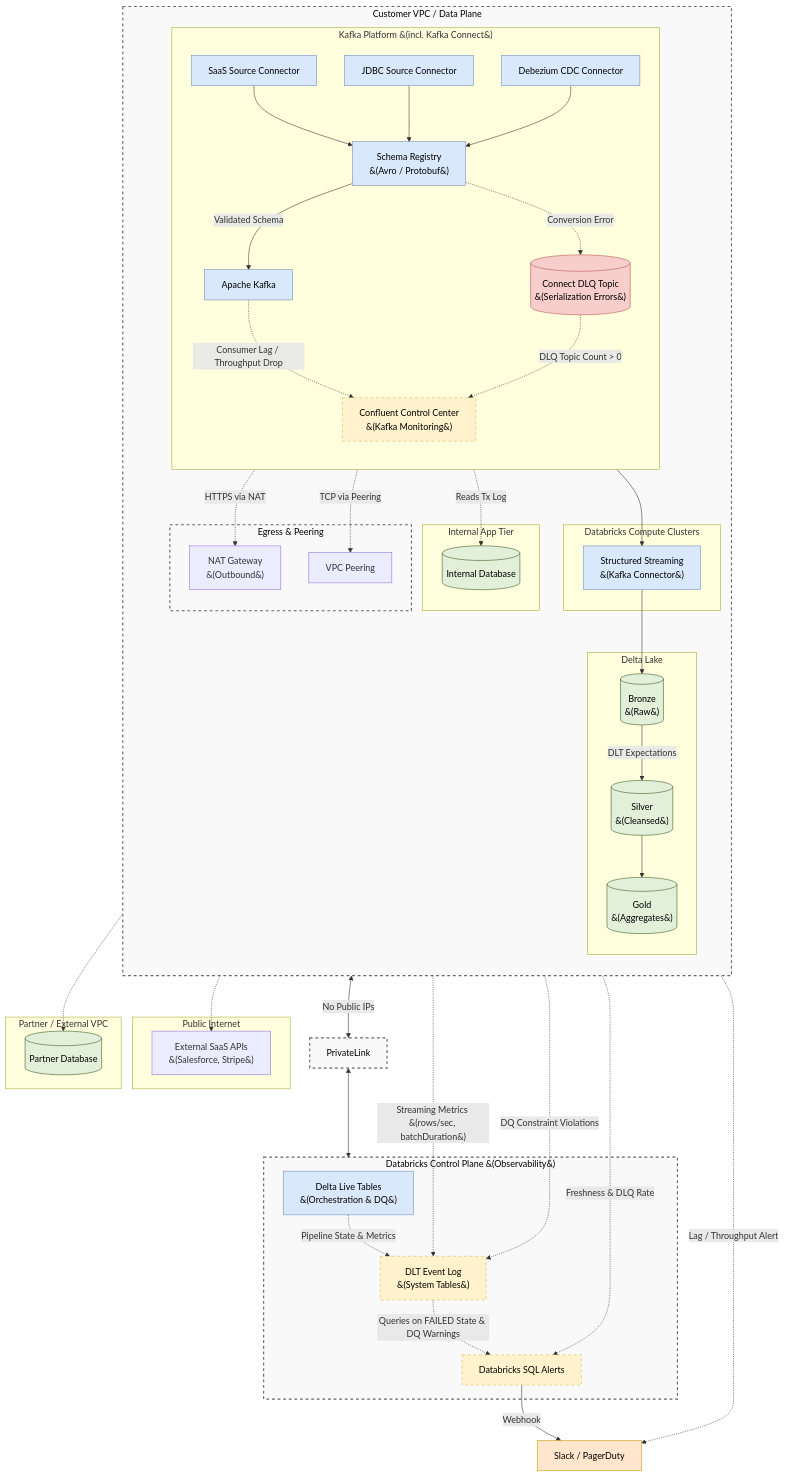
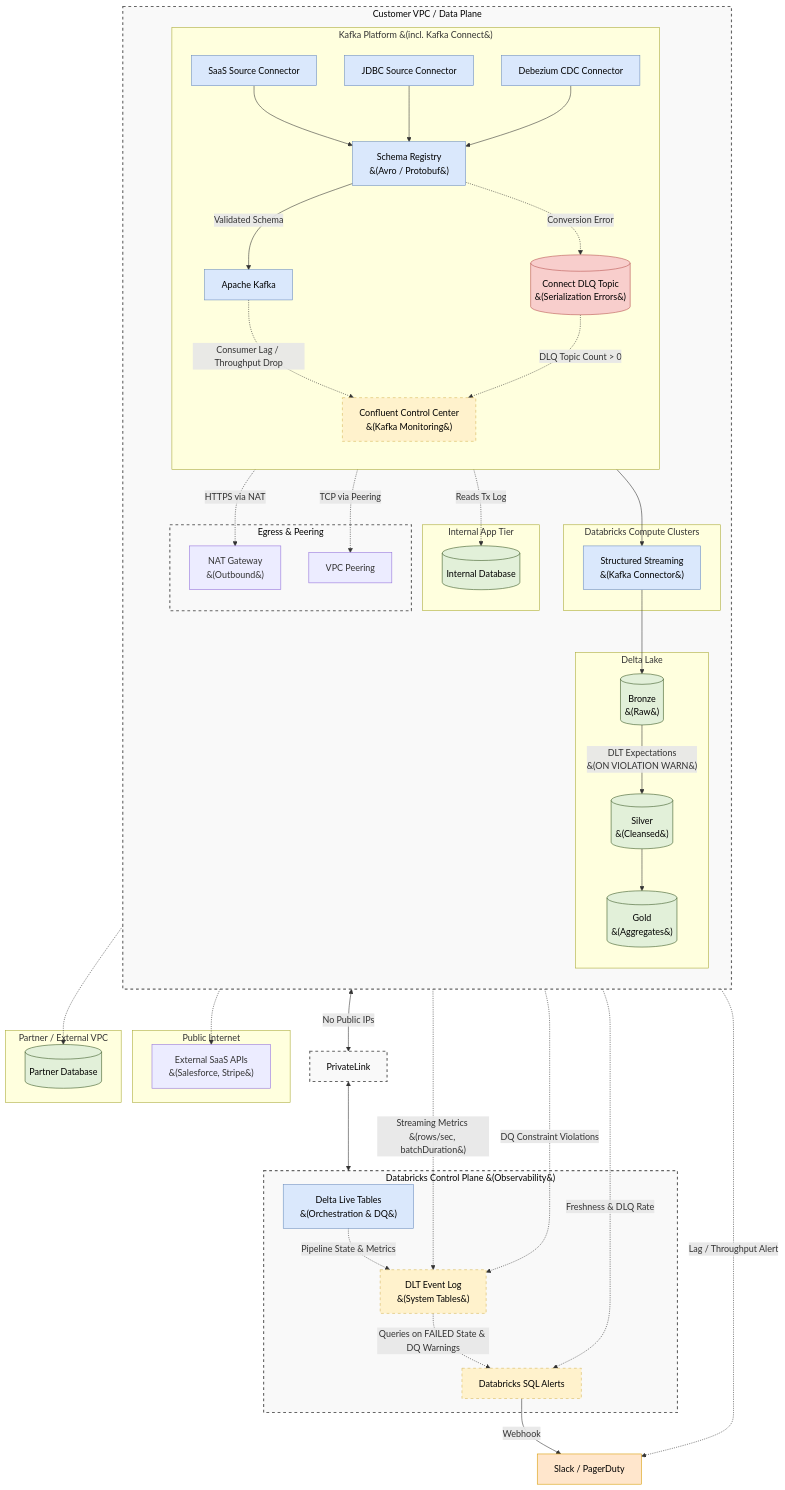
Before and after one commit to toanbui626391/data_architect: the diagram in databricks/realtime_ingestion_architecture.md, drawn with Mermaid. The commit also changed other lines of this file and 1 other file, not shown here.

Commit message:
update realtime transformation layer

```diff
--- a/databricks/realtime_ingestion_architecture.md
+++ b/databricks/realtime_ingestion_architecture.md
@@ -87,7 +87,7 @@
     
     %% Data Pipeline Flow
     Spark --> Bronze
-    Bronze -->|DLT Expectations| Silver
+    Bronze -->|DLT Expectations <br>&#40;ON VIOLATION WARN&#41;| Silver
     Silver --> Gold
 
     %% Networking
```
